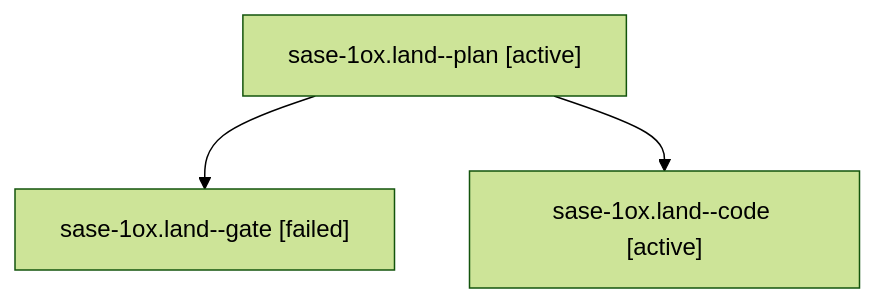
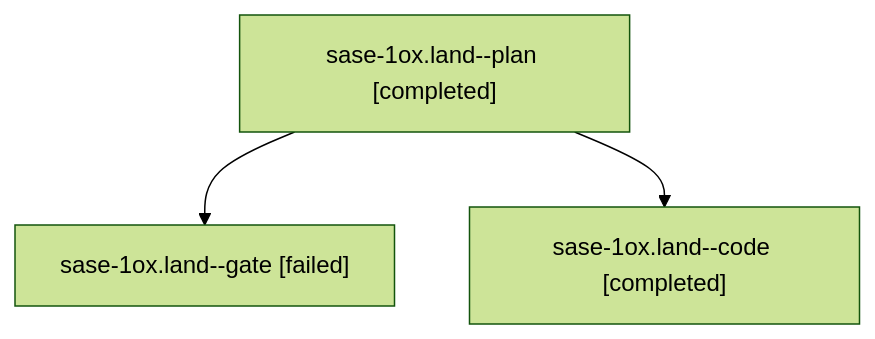
The diagram in sessions/bbugyi200.athena.sase-1ox.land.md (sase-org/sase--agents), drawn with Mermaid (forest theme) before and after one commit. The commit also changed other lines of this file and 37 other files, not shown here.

````diff
--- a/sessions/bbugyi200.athena.sase-1ox.land.md
+++ b/sessions/bbugyi200.athena.sase-1ox.land.md
@@ -9,8 +9,8 @@
 ```mermaid
 flowchart TD
-  n0["sase-1ox.land--plan [active]"]
+  n0["sase-1ox.land--plan [completed]"]
   n1["sase-1ox.land--gate [failed]"]
   n0 --> n1
-  n2["sase-1ox.land--code [active]"]
+  n2["sase-1ox.land--code [completed]"]
   n0 --> n2
 ```
````
